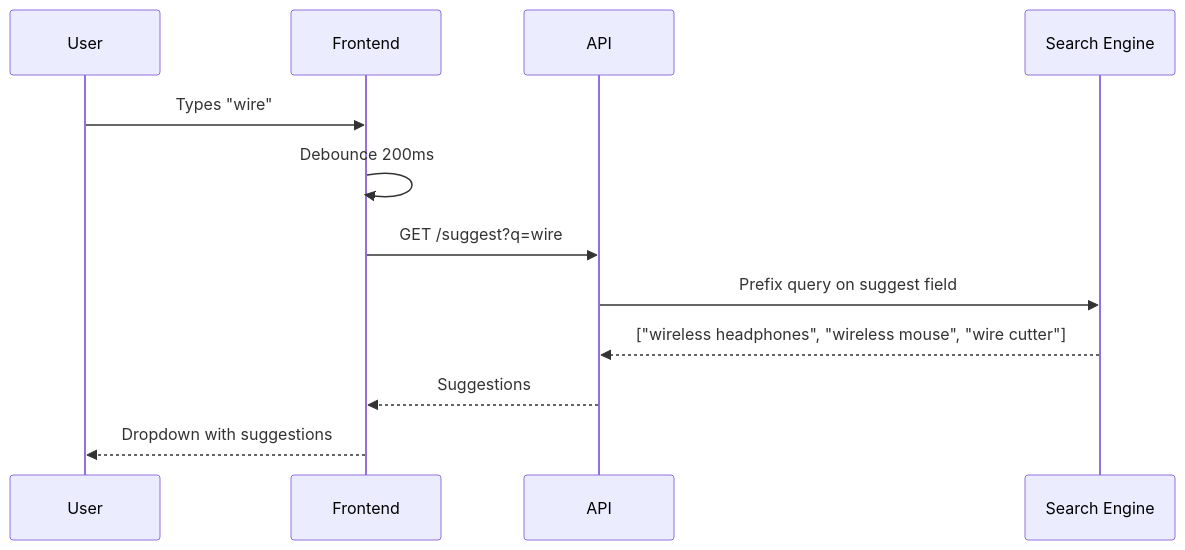
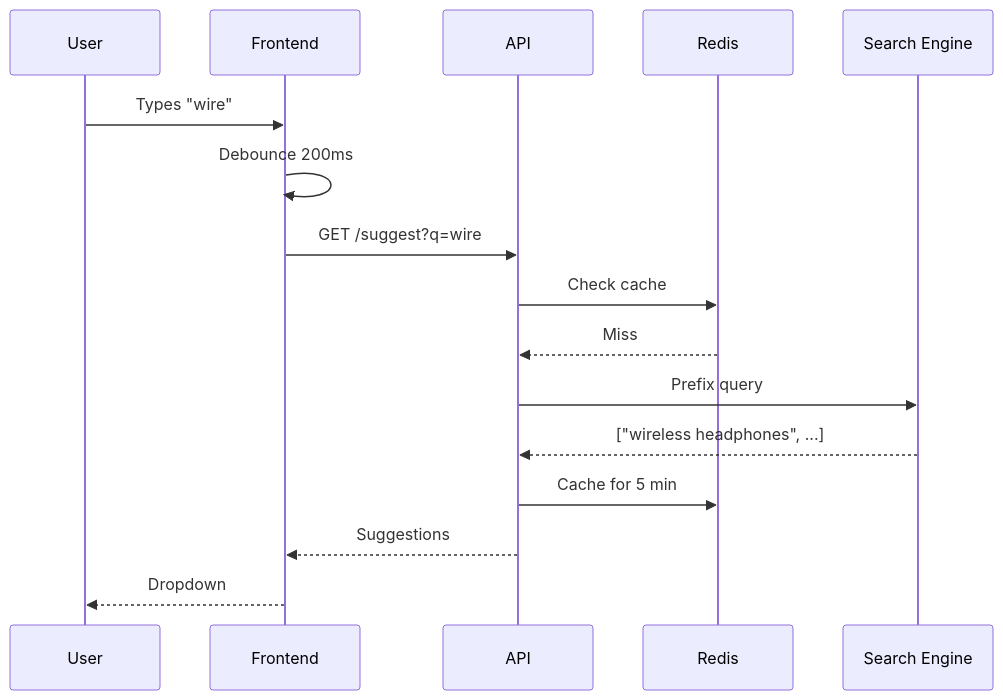
Before and after one commit to calmrocks/system-design-dive-deep: the fourth of 4 diagrams in Sessions/Search System/Search System.md, drawn with Mermaid. The commit also changed other lines of this file and 1 other file, not shown here.

```diff
--- a/Sessions/Search System/Search System.md
+++ b/Sessions/Search System/Search System.md
@@ -258,15 +935,19 @@
 ~~~mermaid
 sequenceDiagram
     participant U as User
     participant FE as Frontend
     participant API as API
+    participant Cache as Redis
     participant ES as Search Engine
     
     U->>FE: Types "wire"
     FE->>FE: Debounce 200ms
     FE->>API: GET /suggest?q=wire
-    API->>ES: Prefix query on suggest field
-    ES-->>API: ["wireless headphones", "wireless mouse", "wire cutter"]
+    API->>Cache: Check cache
+    Cache-->>API: Miss
+    API->>ES: Prefix query
+    ES-->>API: ["wireless headphones", ...]
+    API->>Cache: Cache for 5 min
     API-->>FE: Suggestions
-    FE-->>U: Dropdown with suggestions
+    FE-->>U: Dropdown
 ~~~
```
